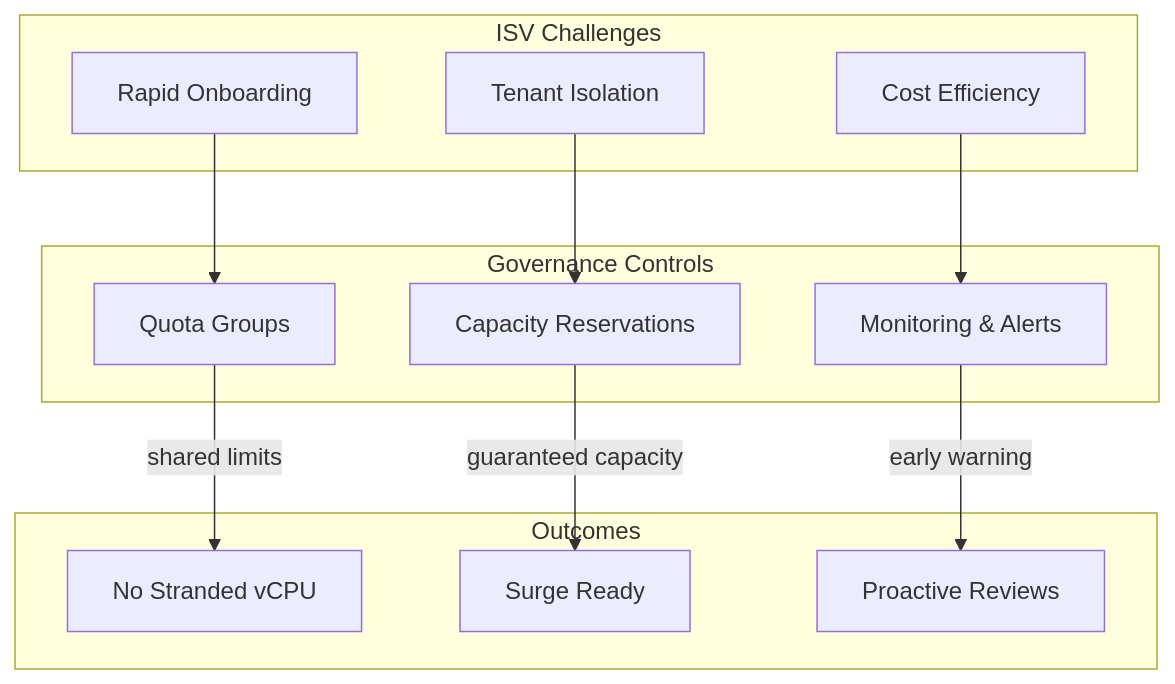
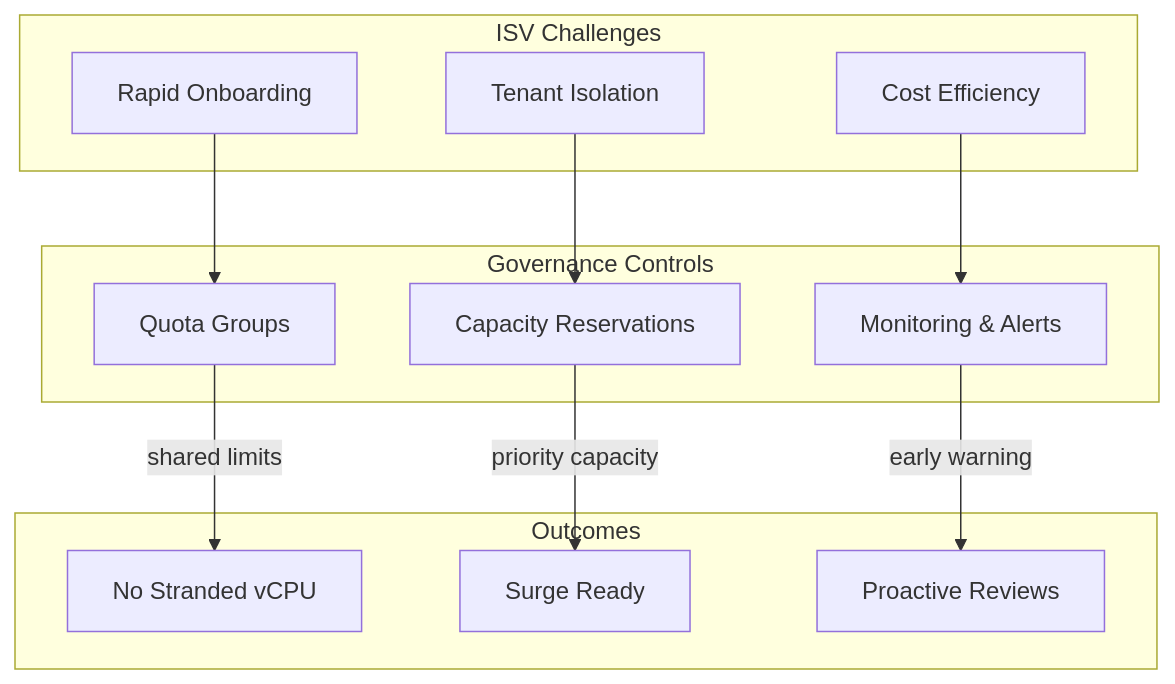
One commit to msbrettorg/azcapman changed the diagram in training/modules/module-05-why-governance-matters-for-isvs.md. Above: the diagram before and after it, drawn with Mermaid. The commit also changed other lines of this file and 31 other files, not shown here.

````diff
--- a/training/modules/module-05-why-governance-matters-for-isvs.md
+++ b/training/modules/module-05-why-governance-matters-for-isvs.md
@@ -39,28 +39,28 @@
 ```mermaid
 graph TD
     subgraph "ISV Challenges"
         rapid[Rapid Onboarding]
         isolation[Tenant Isolation]
         cost[Cost Efficiency]
     end
 
     subgraph "Governance Controls"
         qg[Quota Groups]
         cr[Capacity Reservations]
         mon[Monitoring & Alerts]
     end
 
     subgraph "Outcomes"
         no_stranded[No Stranded vCPU]
         surge_ready[Surge Ready]
         proactive[Proactive Reviews]
     end
 
     rapid --> qg
     isolation --> cr
     cost --> mon
 
     qg -->|"shared limits"| no_stranded
-    cr -->|"guaranteed capacity"| surge_ready
+    cr -->|"priority capacity"| surge_ready
     mon -->|"early warning"| proactive
 ```
````
